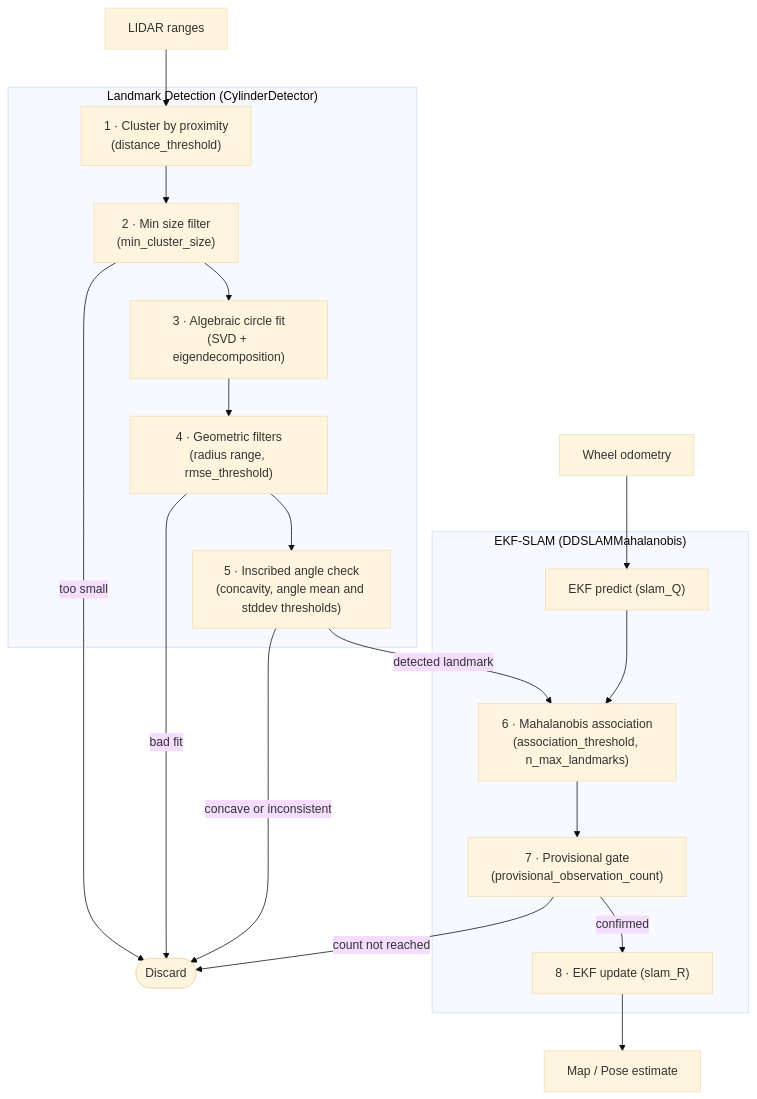
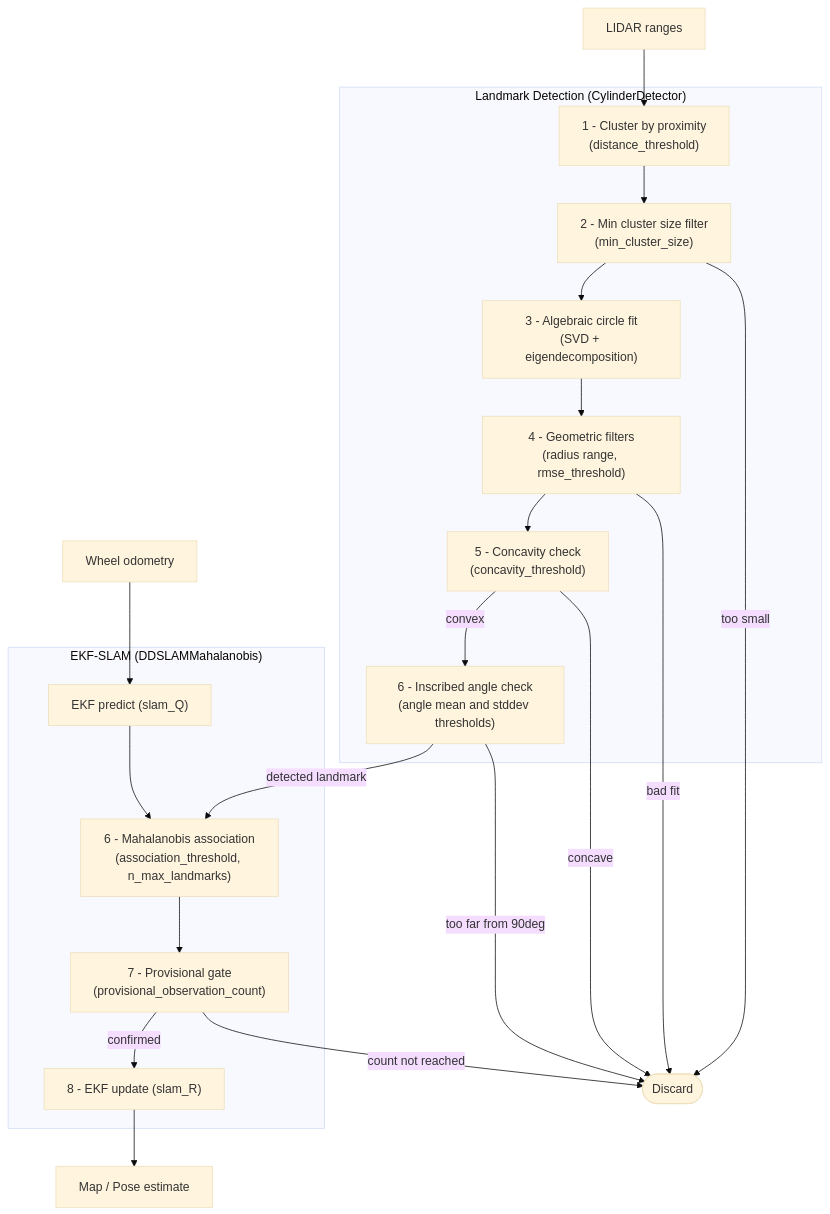
The diagram in nuslam/README.md (ME495-Navigation/slam-cwoodhayes), drawn with Mermaid (base theme) before and after one commit. The commit also changed other lines of this file and 1 other file, not shown here.

Commit message:
further clarifications to slam readme

````diff
--- a/nuslam/README.md
+++ b/nuslam/README.md
@@ -48,39 +52,42 @@
 ```mermaid
 flowchart TD
   LIDAR["LIDAR ranges"]
   Odom["Wheel odometry"]
   Discard([Discard])
   Map["Map / Pose estimate"]
 
   subgraph Detection["Landmark Detection (CylinderDetector)"]
-    Cluster["1 · Cluster by proximity<br/>(distance_threshold)"]
-    SizeFilter["2 · Min size filter<br/>(min_cluster_size)"]
-    CircleFit["3 · Algebraic circle fit<br/>(SVD + eigendecomposition)"]
-    GeoFilter["4 · Geometric filters<br/>(radius range, rmse_threshold)"]
-    AngleCheck["5 · Inscribed angle check<br/>(concavity, angle mean and stddev thresholds)"]
+    Cluster["1 - Cluster by proximity<br/>(distance_threshold)"]
+    SizeFilter["2 - Min cluster size filter<br/>(min_cluster_size)"]
+    CircleFit["3 - Algebraic circle fit<br/>(SVD + eigendecomposition)"]
+    GeoFilter["4 - Geometric filters<br/>(radius range, rmse_threshold)"]
+	ConcavityCheck["5 - Concavity check<br/>(concavity_threshold)"]
+    AngleCheck["6 - Inscribed angle check<br/>(angle mean and stddev thresholds)"]
   end
 
   subgraph EKF["EKF-SLAM (DDSLAMMahalanobis)"]
     EKFPredict["EKF predict (slam_Q)"]
-    Mahal["6 · Mahalanobis association<br/>(association_threshold, n_max_landmarks)"]
-    Provisional["7 · Provisional gate<br/>(provisional_observation_count)"]
-    EKFUpdate["8 · EKF update (slam_R)"]
+    Mahal["6 - Mahalanobis association<br/>(association_threshold, n_max_landmarks)"]
+    Provisional["7 - Provisional gate<br/>(provisional_observation_count)"]
+    EKFUpdate["8 - EKF update (slam_R)"]
   end
 
   LIDAR --> Cluster
   Cluster --> SizeFilter
   SizeFilter -->|too small| Discard
   SizeFilter --> CircleFit
   CircleFit --> GeoFilter
   GeoFilter -->|bad fit| Discard
-  GeoFilter --> AngleCheck
-  AngleCheck -->|concave or inconsistent| Discard
+  GeoFilter --> ConcavityCheck
+  ConcavityCheck --> |convex| AngleCheck
+  ConcavityCheck -->|concave| Discard
+  AngleCheck -->|too far from 90deg| Discard
   AngleCheck -->|detected landmark| Mahal
 
   Odom --> EKFPredict
   EKFPredict --> Mahal
   Mahal --> Provisional
   Provisional -->|count not reached| Discard
   Provisional -->|confirmed| EKFUpdate
   EKFUpdate --> Map
 ```
````
